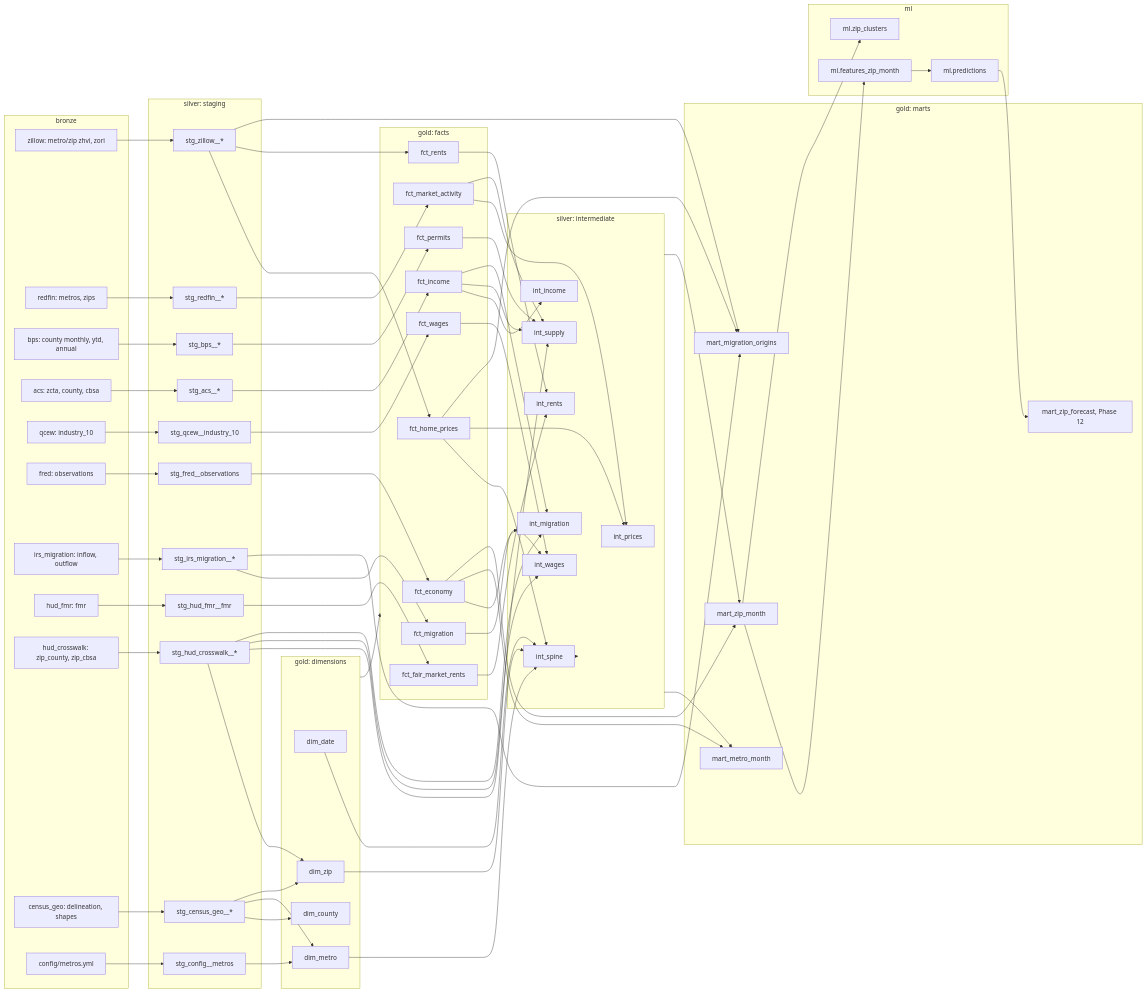
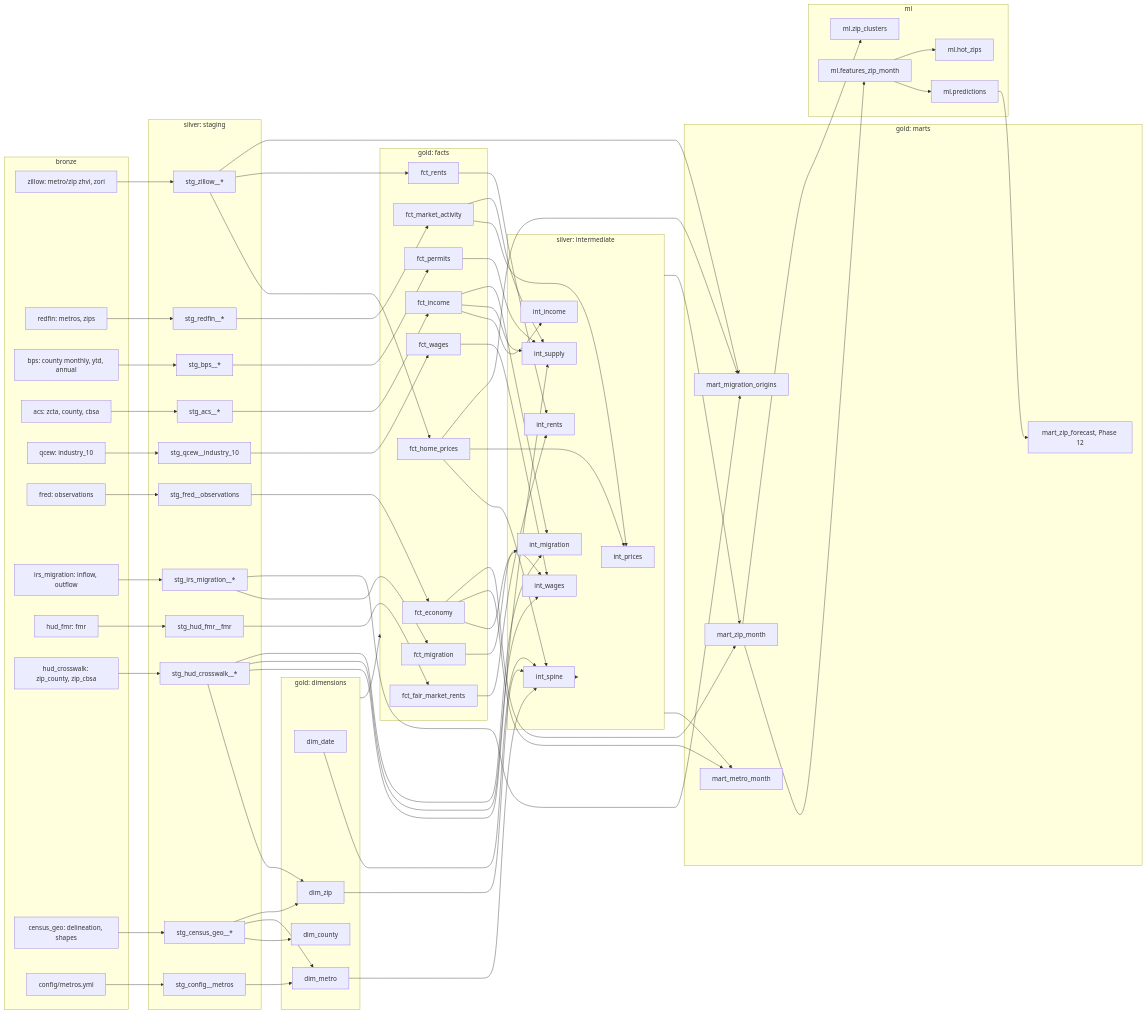
One commit to YearningAsian/metro-housing-affordability changed the second of 2 diagrams in docs/warehouse_design.md. Above: the diagram before and after it, drawn with Mermaid. The commit also changed other lines of this file and 9 other files, not shown here.

````diff
--- a/docs/warehouse_design.md
+++ b/docs/warehouse_design.md
@@ -290,6 +290,7 @@
         features[ml.features_zip_month]
         predictions[ml.predictions]
         clusters[ml.zip_clusters]
+        hot_zips[ml.hot_zips]
     end
 
     b_zillow --> s_zillow
@@ -354,4 +355,5 @@
     features --> predictions
     predictions --> mart_zip_forecast
     mart_zip_month --> clusters
+    features --> hot_zips
 ```
````
